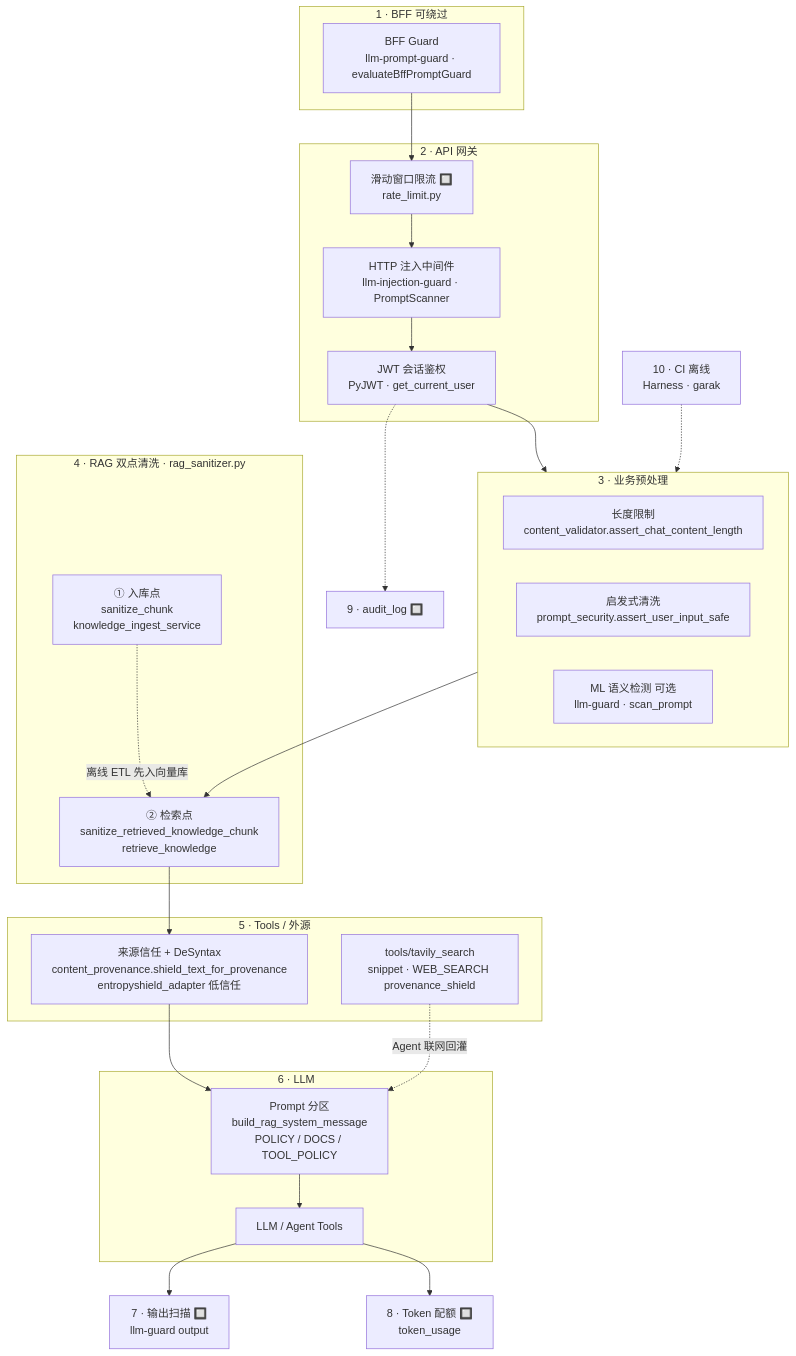
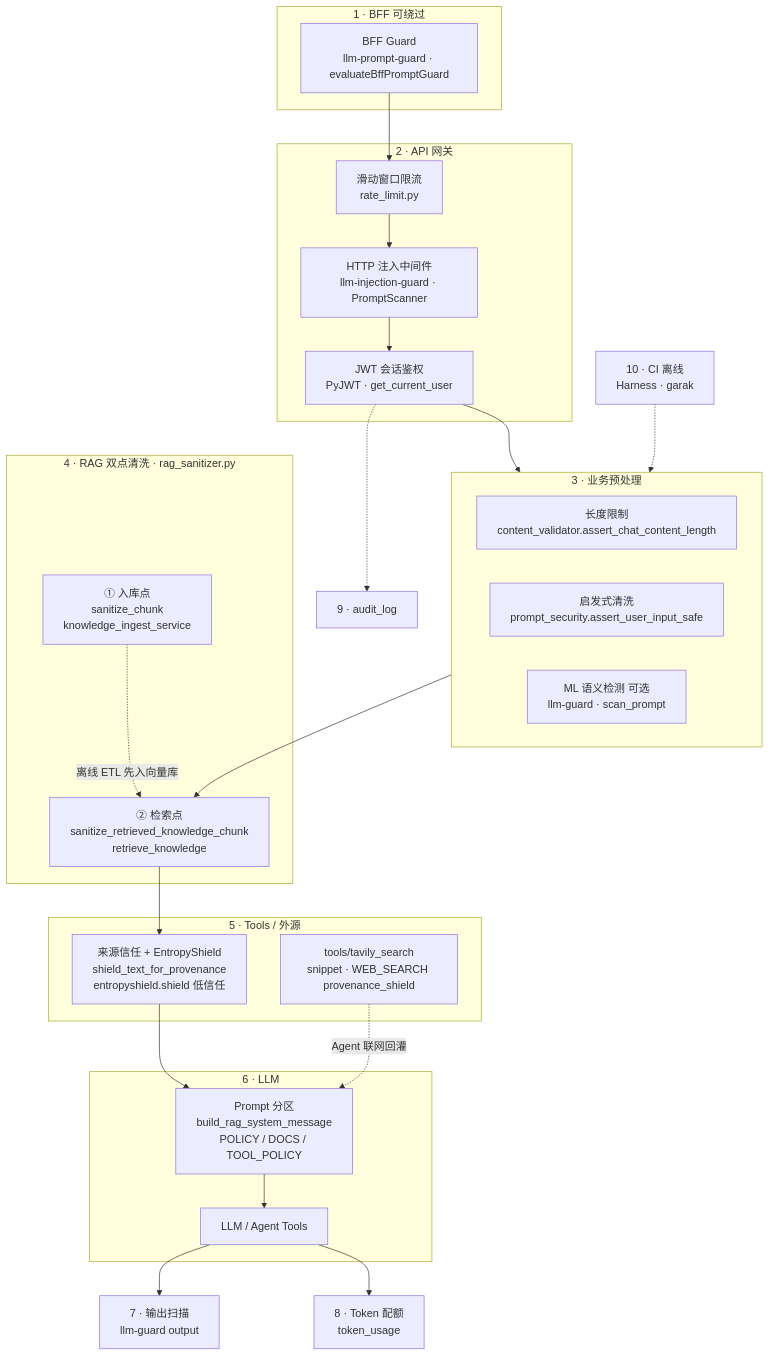
One commit to JoeSmile/joeisaiing changed the first of 4 diagrams in content/posts/memoryos-security-map.md. Above: the diagram before and after it, drawn with Mermaid. The commit also changed other lines of this file and 2 other files, not shown here.

````diff
--- a/content/posts/memoryos-security-map.md
+++ b/content/posts/memoryos-security-map.md
@@ -76,50 +89,50 @@
 ```mermaid
 flowchart TB
   subgraph edge["1 · BFF 可绕过"]
     BFF["BFF Guard<br/>llm-prompt-guard · evaluateBffPromptGuard"]
   end
 
   subgraph ingress["2 · API 网关"]
-    RL["滑动窗口限流 🔲<br/>rate_limit.py"]
+    RL["滑动窗口限流<br/>rate_limit.py"]
     MW["HTTP 注入中间件<br/>llm-injection-guard · PromptScanner"]
     AUTH["JWT 会话鉴权<br/>PyJWT · get_current_user"]
   end
 
   subgraph prep["3 · 业务预处理"]
     LEN["长度限制<br/>content_validator.assert_chat_content_length"]
     HEU["启发式清洗<br/>prompt_security.assert_user_input_safe"]
     ML["ML 语义检测 可选<br/>llm-guard · scan_prompt"]
   end
 
   subgraph rag4["4 · RAG 双点清洗 · rag_sanitizer.py"]
     P1["① 入库点<br/>sanitize_chunk<br/>knowledge_ingest_service"]
     P2["② 检索点<br/>sanitize_retrieved_knowledge_chunk<br/>retrieve_knowledge"]
   end
 
   subgraph ext5["5 · Tools / 外源"]
-    PROV["来源信任 + DeSyntax<br/>content_provenance.shield_text_for_provenance<br/>entropyshield_adapter 低信任"]
+    PROV["来源信任 + EntropyShield<br/>shield_text_for_provenance<br/>entropyshield.shield 低信任"]
     TAV["tools/tavily_search<br/>snippet · WEB_SEARCH provenance_shield"]
   end
 
   subgraph llm6["6 · LLM"]
     POL["Prompt 分区<br/>build_rag_system_message<br/>POLICY / DOCS / TOOL_POLICY"]
     LLM["LLM / Agent Tools"]
   end
 
-  OUT["7 · 输出扫描 🔲<br/>llm-guard output"]
-  QUOTA["8 · Token 配额 🔲<br/>token_usage"]
-  AUD["9 · audit_log 🔲"]
+  OUT["7 · 输出扫描<br/>llm-guard output"]
+  QUOTA["8 · Token 配额<br/>token_usage"]
+  AUD["9 · audit_log"]
   CI["10 · CI 离线<br/>Harness · garak"]
 
   BFF --> RL
   RL --> MW --> AUTH --> prep
   prep --> P2
   P1 -.->|离线 ETL 先入向量库| P2
   P2 --> PROV
   PROV --> POL
   TAV -.->|Agent 联网回灌| POL
   POL --> LLM --> OUT
   LLM --> QUOTA
   AUTH -.-> AUD
   CI -.-> prep
 ```
````
